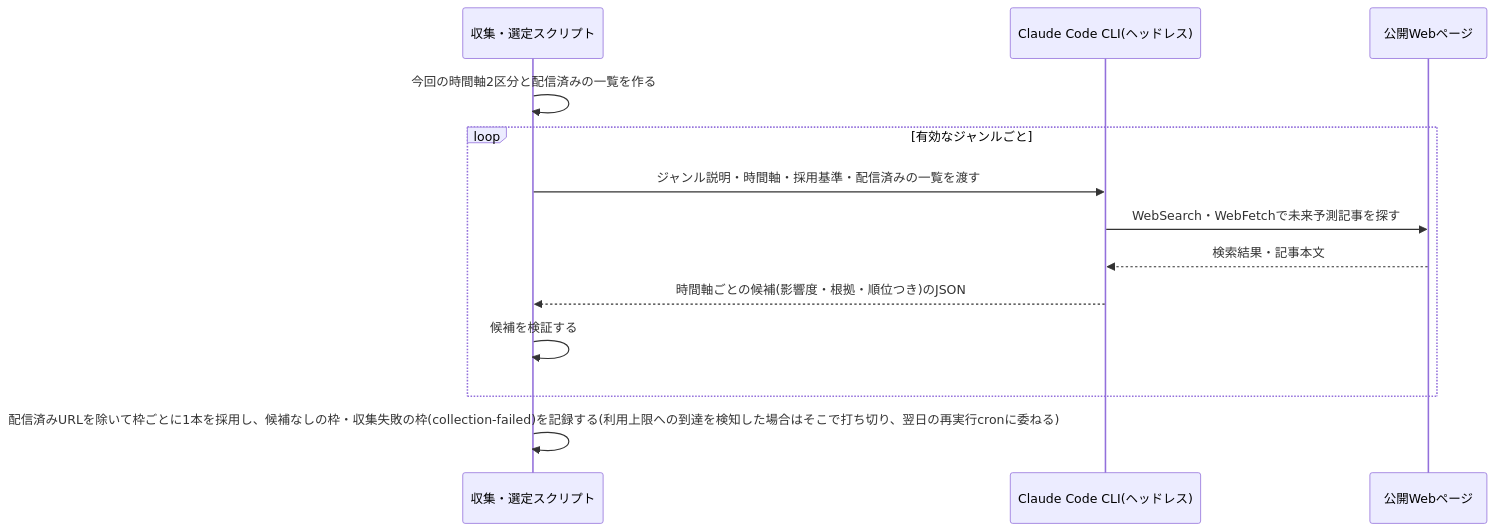
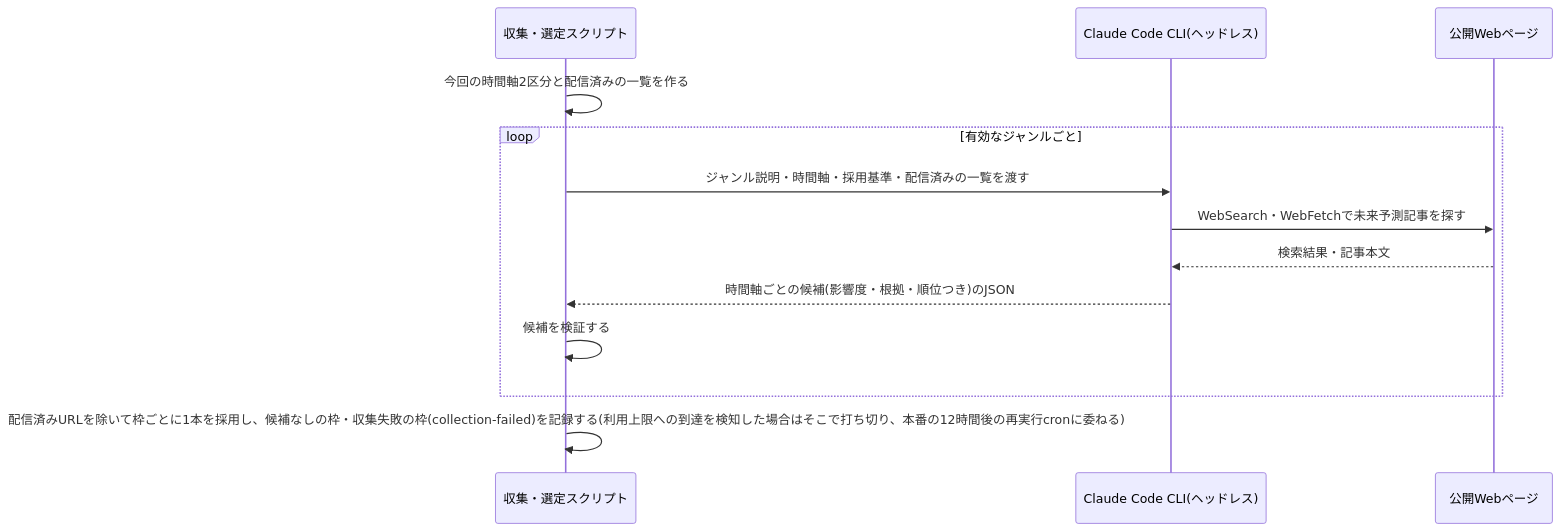
The diagram in specs/future-digest/content-selection/design.md (zakiyama0108/benriyatool), drawn with Mermaid before and after one commit. The commit also changed other lines of this file and 14 other files, not shown here.

````diff
--- a/specs/future-digest/content-selection/design.md
+++ b/specs/future-digest/content-selection/design.md
@@ -103,16 +103,16 @@
 ```mermaid
 sequenceDiagram
     participant script as 収集・選定スクリプト
     participant claude as Claude Code CLI(ヘッドレス)
     participant web as 公開Webページ
 
     script ->> script: 今回の時間軸2区分と配信済みの一覧を作る
     loop 有効なジャンルごと
         script ->> claude: ジャンル説明・時間軸・採用基準・配信済みの一覧を渡す
         claude ->> web: WebSearch・WebFetchで未来予測記事を探す
         web -->> claude: 検索結果・記事本文
         claude -->> script: 時間軸ごとの候補(影響度・根拠・順位つき)のJSON
         script ->> script: 候補を検証する
     end
-    script ->> script: 配信済みURLを除いて枠ごとに1本を採用し、候補なしの枠・収集失敗の枠(collection-failed)を記録する(利用上限への到達を検知した場合はそこで打ち切り、翌日の再実行cronに委ねる)
+    script ->> script: 配信済みURLを除いて枠ごとに1本を採用し、候補なしの枠・収集失敗の枠(collection-failed)を記録する(利用上限への到達を検知した場合はそこで打ち切り、本番の12時間後の再実行cronに委ねる)
 ```
````
